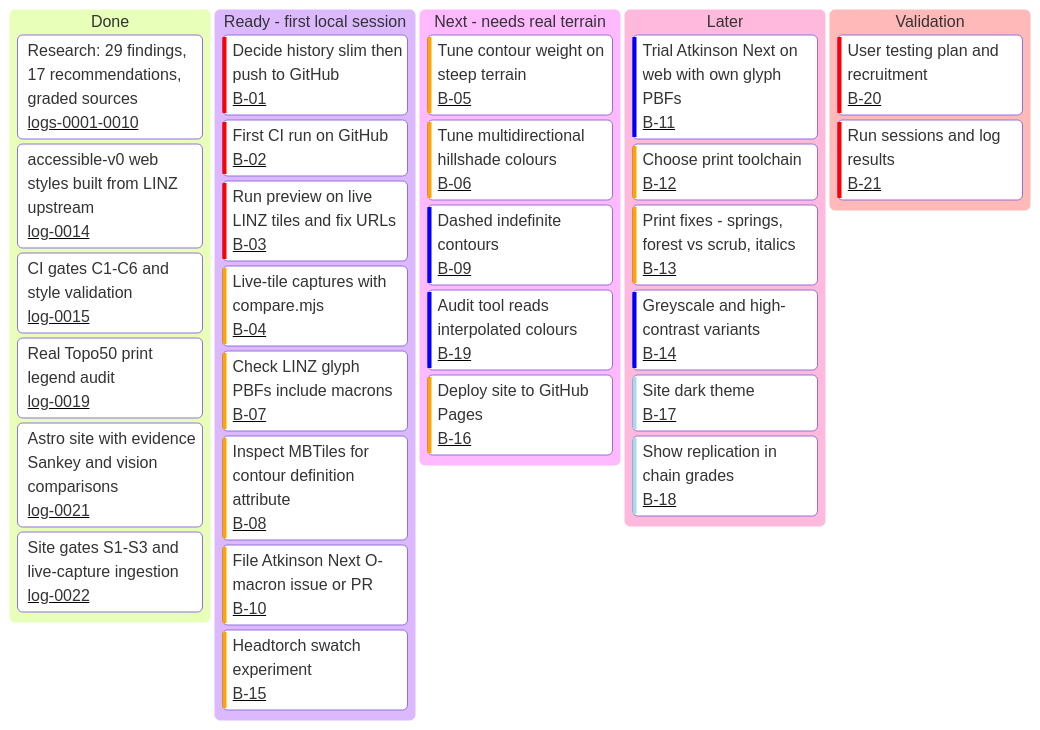
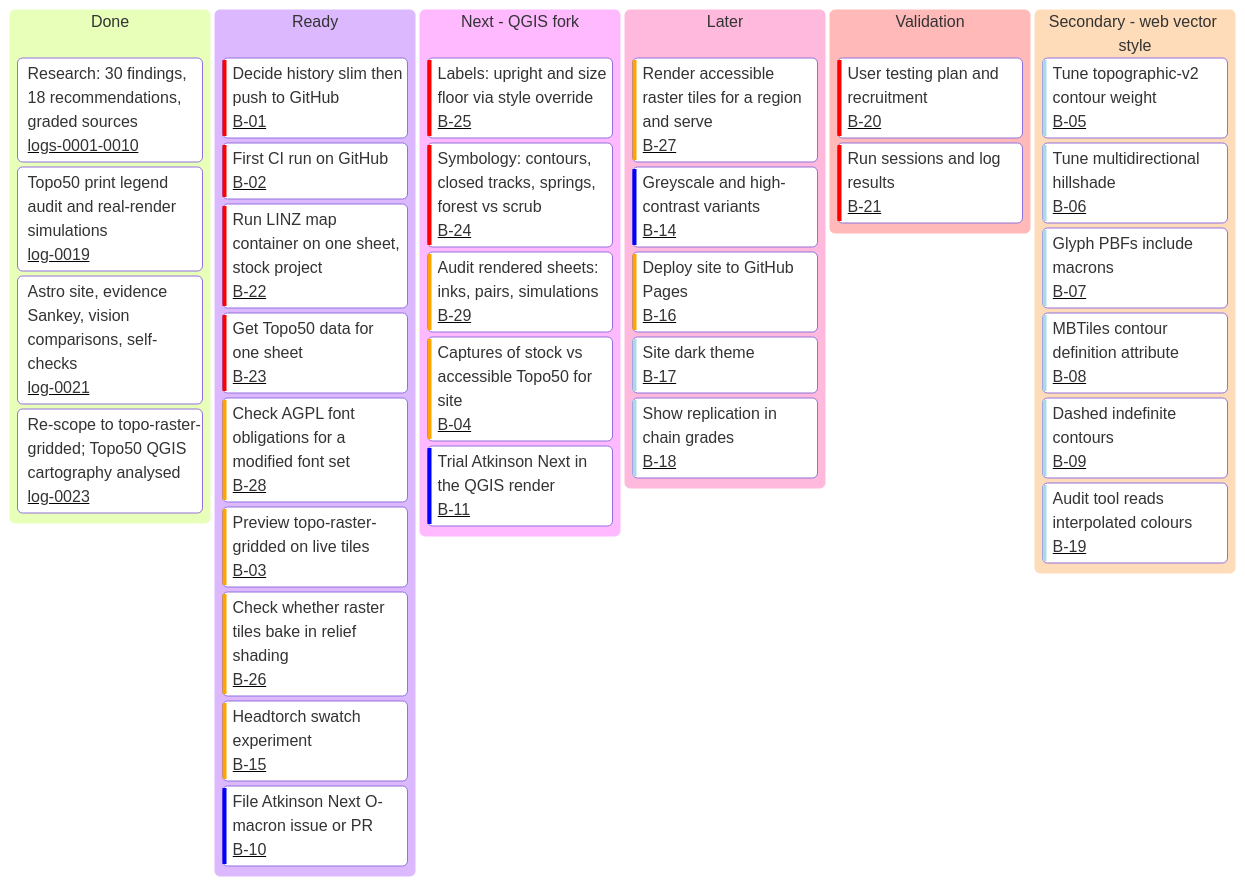
Before and after one commit to joshmcarthur/nz-accessible-topo: the diagram in BACKLOG.md, drawn with Mermaid. The commit also changed other lines of this file and 13 other files, not shown here.

Commit message:
correction: re-scope to topo-raster-gridded (Topo50); analyse LINZ topographic-qgis; F-30, R-18; re-planned backlog (log 0023)

````diff
--- a/BACKLOG.md
+++ b/BACKLOG.md
@@ -10,40 +10,45 @@
 ```mermaid
 ---
 config:
   kanban:
     ticketBaseUrl: '#'
 ---
 kanban
   done[Done]
-    d1[Research: 29 findings, 17 recommendations, graded sources]@{ ticket: logs-0001-0010 }
-    d2[accessible-v0 web styles built from LINZ upstream]@{ ticket: log-0014 }
-    d3[CI gates C1-C6 and style validation]@{ ticket: log-0015 }
-    d4[Real Topo50 print legend audit]@{ ticket: log-0019 }
-    d5[Astro site with evidence Sankey and vision comparisons]@{ ticket: log-0021 }
-    d6[Site gates S1-S3 and live-capture ingestion]@{ ticket: log-0022 }
-  ready[Ready - first local session]
+    d1[Research: 30 findings, 18 recommendations, graded sources]@{ ticket: logs-0001-0010 }
+    d2[Topo50 print legend audit and real-render simulations]@{ ticket: log-0019 }
+    d3[Astro site, evidence Sankey, vision comparisons, self-checks]@{ ticket: log-0021 }
+    d4[Re-scope to topo-raster-gridded; Topo50 QGIS cartography analysed]@{ ticket: log-0023 }
+  ready[Ready]
     b01[Decide history slim then push to GitHub]@{ ticket: B-01, priority: 'Very High' }
     b02[First CI run on GitHub]@{ ticket: B-02, priority: 'Very High' }
-    b03[Run preview on live LINZ tiles and fix URLs]@{ ticket: B-03, priority: 'Very High' }
-    b04[Live-tile captures with compare.mjs]@{ ticket: B-04, priority: 'High' }
-    b07[Check LINZ glyph PBFs include macrons]@{ ticket: B-07, priority: 'High' }
-    b08[Inspect MBTiles for contour definition attribute]@{ ticket: B-08, priority: 'High' }
-    b10[File Atkinson Next O-macron issue or PR]@{ ticket: B-10, priority: 'High' }
+    b22[Run LINZ map container on one sheet, stock project]@{ ticket: B-22, priority: 'Very High' }
+    b23[Get Topo50 data for one sheet]@{ ticket: B-23, priority: 'Very High' }
+    b28[Check AGPL font obligations for a modified font set]@{ ticket: B-28, priority: 'High' }
+    b03[Preview topo-raster-gridded on live tiles]@{ ticket: B-03, priority: 'High' }
+    b26[Check whether raster tiles bake in relief shading]@{ ticket: B-26, priority: 'High' }
     b15[Headtorch swatch experiment]@{ ticket: B-15, priority: 'High' }
-  next[Next - needs real terrain]
-    b05[Tune contour weight on steep terrain]@{ ticket: B-05, priority: 'High' }
-    b06[Tune multidirectional hillshade colours]@{ ticket: B-06, priority: 'High' }
-    b09[Dashed indefinite contours]@{ ticket: B-09, priority: 'Low' }
-    b19[Audit tool reads interpolated colours]@{ ticket: B-19, priority: 'Low' }
+    b10[File Atkinson Next O-macron issue or PR]@{ ticket: B-10, priority: 'Low' }
+  next[Next - QGIS fork]
+    b25[Labels: upright and size floor via style override]@{ ticket: B-25, priority: 'Very High' }
+    b24[Symbology: contours, closed tracks, springs, forest vs scrub]@{ ticket: B-24, priority: 'Very High' }
+    b29[Audit rendered sheets: inks, pairs, simulations]@{ ticket: B-29, priority: 'High' }
+    b04[Captures of stock vs accessible Topo50 for site]@{ ticket: B-04, priority: 'High' }
+    b11[Trial Atkinson Next in the QGIS render]@{ ticket: B-11, priority: 'Low' }
+  later[Later]
+    b27[Render accessible raster tiles for a region and serve]@{ ticket: B-27, priority: 'High' }
+    b14[Greyscale and high-contrast variants]@{ ticket: B-14, priority: 'Low' }
     b16[Deploy site to GitHub Pages]@{ ticket: B-16, priority: 'High' }
-  later[Later]
-    b11[Trial Atkinson Next on web with own glyph PBFs]@{ ticket: B-11, priority: 'Low' }
-    b12[Choose print toolchain]@{ ticket: B-12, priority: 'High' }
-    b13[Print fixes - springs, forest vs scrub, italics]@{ ticket: B-13, priority: 'High' }
-    b14[Greyscale and high-contrast variants]@{ ticket: B-14, priority: 'Low' }
     b17[Site dark theme]@{ ticket: B-17, priority: 'Very Low' }
     b18[Show replication in chain grades]@{ ticket: B-18, priority: 'Very Low' }
   validate[Validation]
     b20[User testing plan and recruitment]@{ ticket: B-20, priority: 'Very High' }
     b21[Run sessions and log results]@{ ticket: B-21, priority: 'Very High' }
+  secondary[Secondary - web vector style]
+    b05[Tune topographic-v2 contour weight]@{ ticket: B-05, priority: 'Very Low' }
+    b06[Tune multidirectional hillshade]@{ ticket: B-06, priority: 'Very Low' }
+    b07[Glyph PBFs include macrons]@{ ticket: B-07, priority: 'Very Low' }
+    b08[MBTiles contour definition attribute]@{ ticket: B-08, priority: 'Very Low' }
+    b09[Dashed indefinite contours]@{ ticket: B-09, priority: 'Very Low' }
+    b19[Audit tool reads interpolated colours]@{ ticket: B-19, priority: 'Very Low' }
 ```
````
